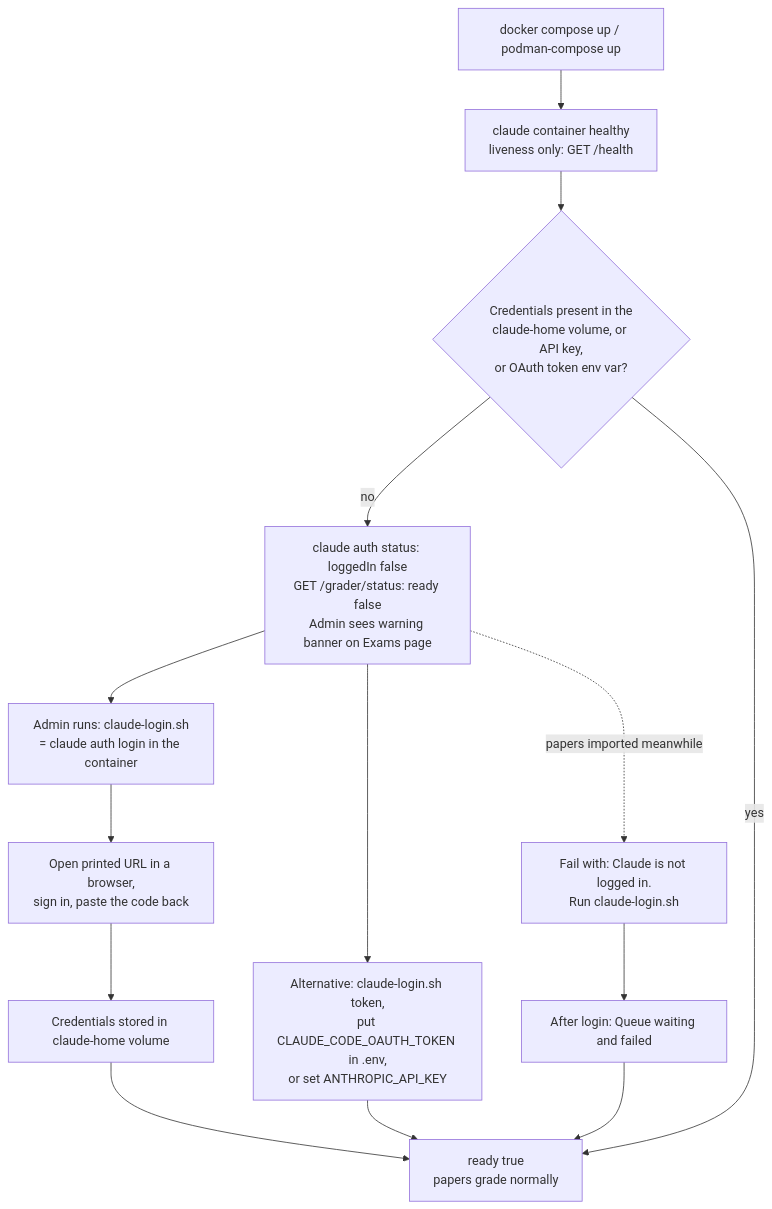
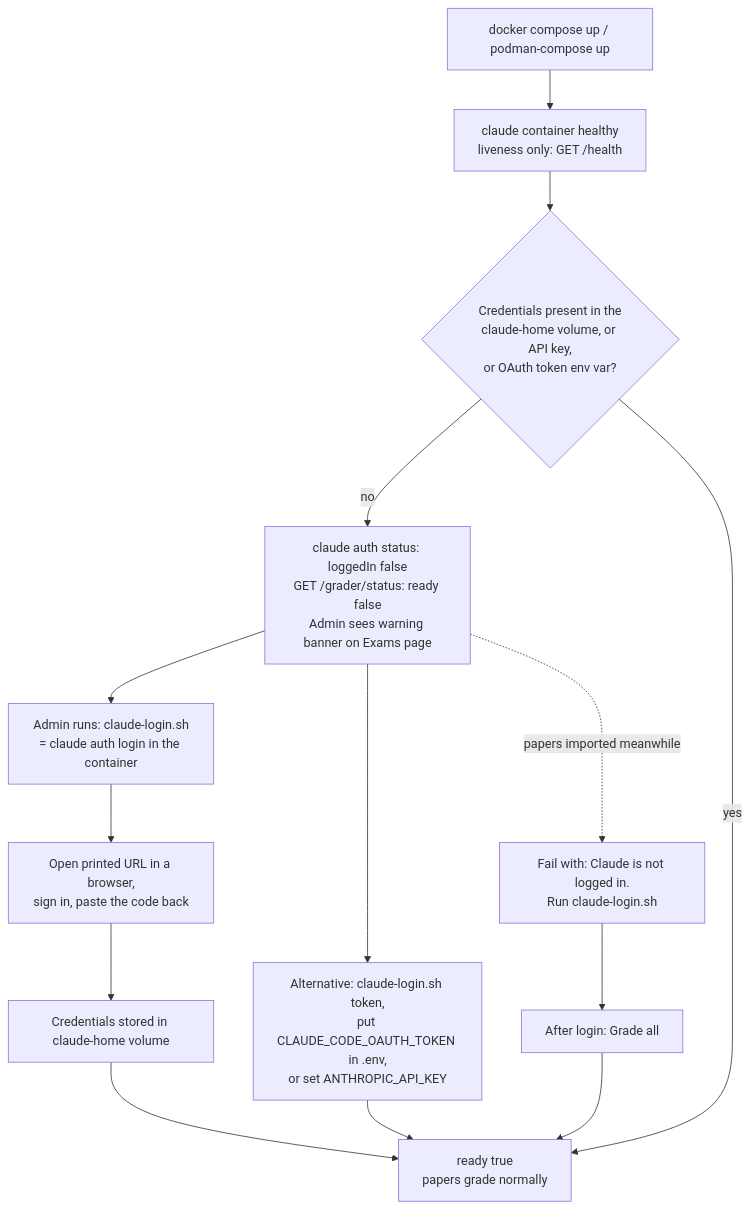
One commit to achintya-labs/AIPaperCorrection changed the tenth of 11 diagrams in docs/workflows.md. Above: the diagram before and after it, drawn with Mermaid. The commit also changed other lines of this file and 15 other files, not shown here.

````diff
--- a/docs/workflows.md
+++ b/docs/workflows.md
@@ -402,16 +403,16 @@
 ```mermaid
 flowchart TD
     S["docker compose up / podman-compose up"] --> H["claude container healthy<br/>liveness only: GET /health"]
     H --> L{"Credentials present in the<br/>claude-home volume, or API key,<br/>or OAuth token env var?"}
     L -- no --> N1["claude auth status: loggedIn false<br/>GET /grader/status: ready false<br/>Admin sees warning banner on Exams page"]
     N1 --> N2["Admin runs: claude-login.sh<br/>= claude auth login in the container"]
     N2 --> N3["Open printed URL in a browser,<br/>sign in, paste the code back"]
     N3 --> N4["Credentials stored in claude-home volume"]
     N4 --> OK
     N1 --> ALT["Alternative: claude-login.sh token,<br/>put CLAUDE_CODE_OAUTH_TOKEN in .env,<br/>or set ANTHROPIC_API_KEY"]
     ALT --> OK
     L -- yes --> OK["ready true<br/>papers grade normally"]
     N1 -. "papers imported meanwhile" .-> F["Fail with: Claude is not logged in.<br/>Run claude-login.sh"]
-    F --> R["After login: Queue waiting and failed"]
+    F --> R["After login: Grade all"]
     R --> OK
 ```
````
